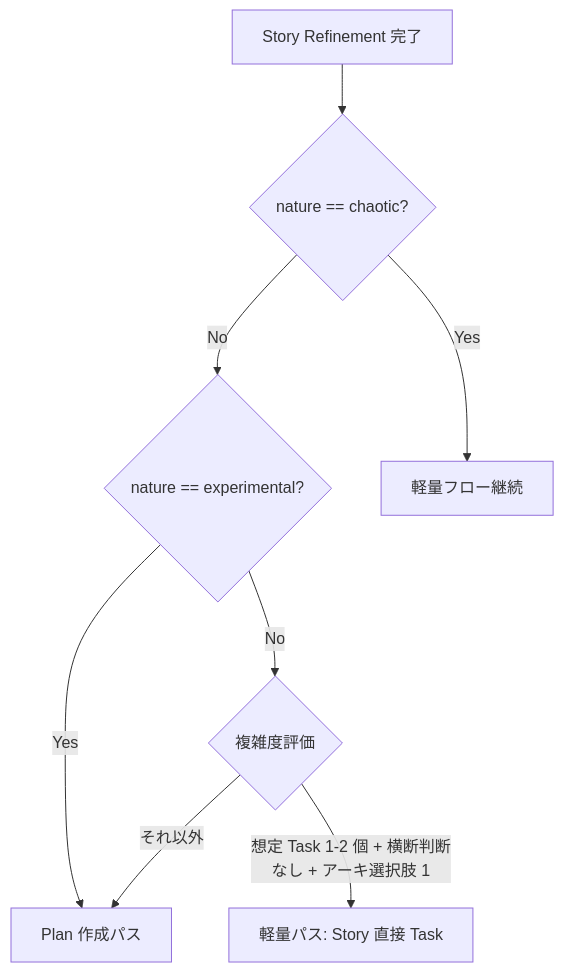
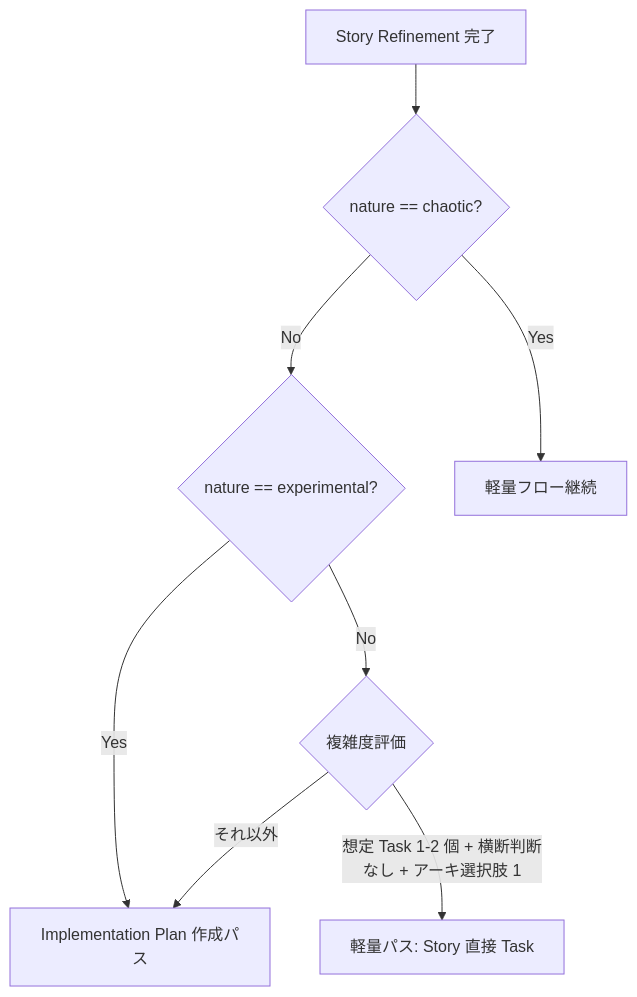
One commit to mrtry-lab/skills changed the diagram in docs/agile-workflow/concepts/implementation-plan.md. Above: the diagram before and after it, drawn with Mermaid. The commit also changed other lines of this file and 17 other files, not shown here.

First line of the commit message:
docs: standardize "Implementation Plan" naming, remove shorthand "Plan"

````diff
--- a/docs/agile-workflow/concepts/implementation-plan.md
+++ b/docs/agile-workflow/concepts/implementation-plan.md
@@ -72,18 +72,18 @@
 ```mermaid
 flowchart TB
   start["Story Refinement 完了"]
   chaotic{"nature == chaotic?"}
   experimental{"nature == experimental?"}
   complexity{"複雑度評価"}
   light["軽量パス: Story 直接 Task"]
-  plan["Plan 作成パス"]
+  plan["Implementation Plan 作成パス"]
   hotfix["軽量フロー継続"]
 
   start --> chaotic
   chaotic -- "Yes" --> hotfix
   chaotic -- "No" --> experimental
   experimental -- "Yes" --> plan
   experimental -- "No" --> complexity
   complexity -- "想定 Task 1-2 個 + 横断判断なし + アーキ選択肢 1" --> light
   complexity -- "それ以外" --> plan
 ```
````
